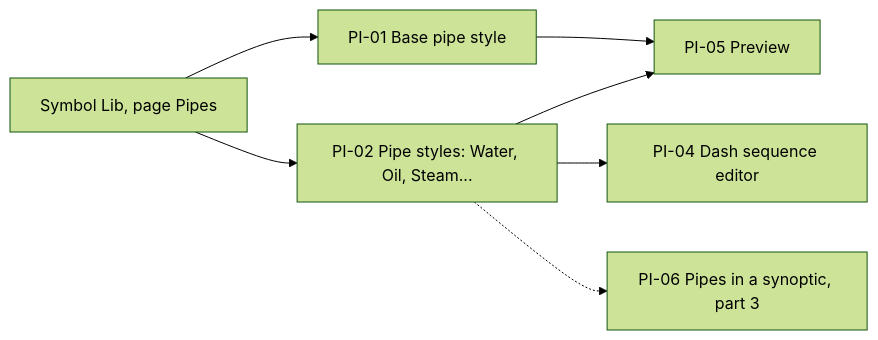
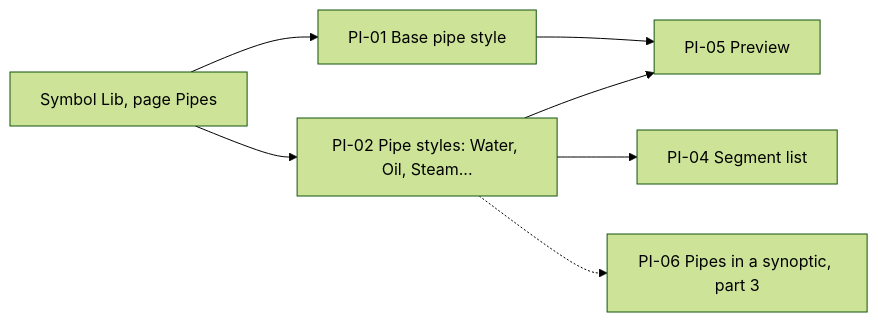
Before and after one commit to AlexandreGallais/synoptic-studio-spec: the first of 6 diagrams in screens/pipes.md, drawn with Mermaid (forest theme). The commit also changed other lines of this file and 11 other files, not shown here.

````diff
--- a/screens/pipes.md
+++ b/screens/pipes.md
@@ -9,9 +9,9 @@
 ```mermaid
 flowchart LR
     LIB["Symbol Lib, page Pipes"] --> BASE["PI-01 Base pipe style"]
     LIB --> STY["PI-02 Pipe styles: Water, Oil, Steam..."]
-    STY --> DASH["PI-04 Dash sequence editor"]
+    STY --> DASH["PI-04 Segment list"]
     BASE --> PRE["PI-05 Preview"]
     STY --> PRE
     STY -.-> SYN["PI-06 Pipes in a synoptic, part 3"]
 ```
````
